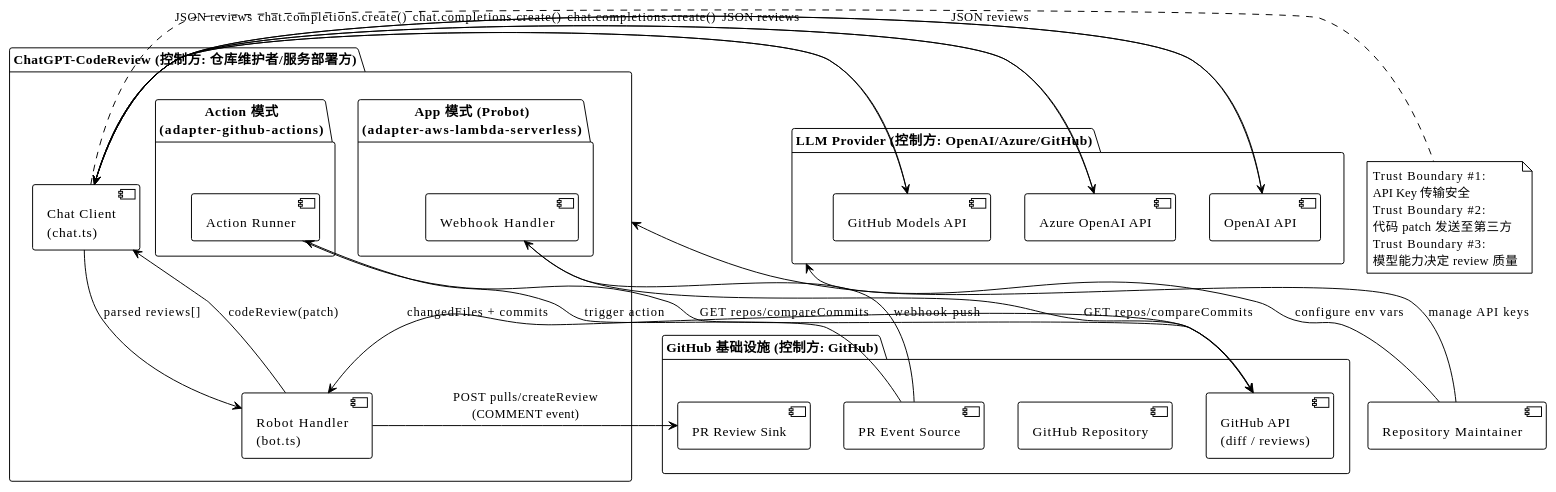
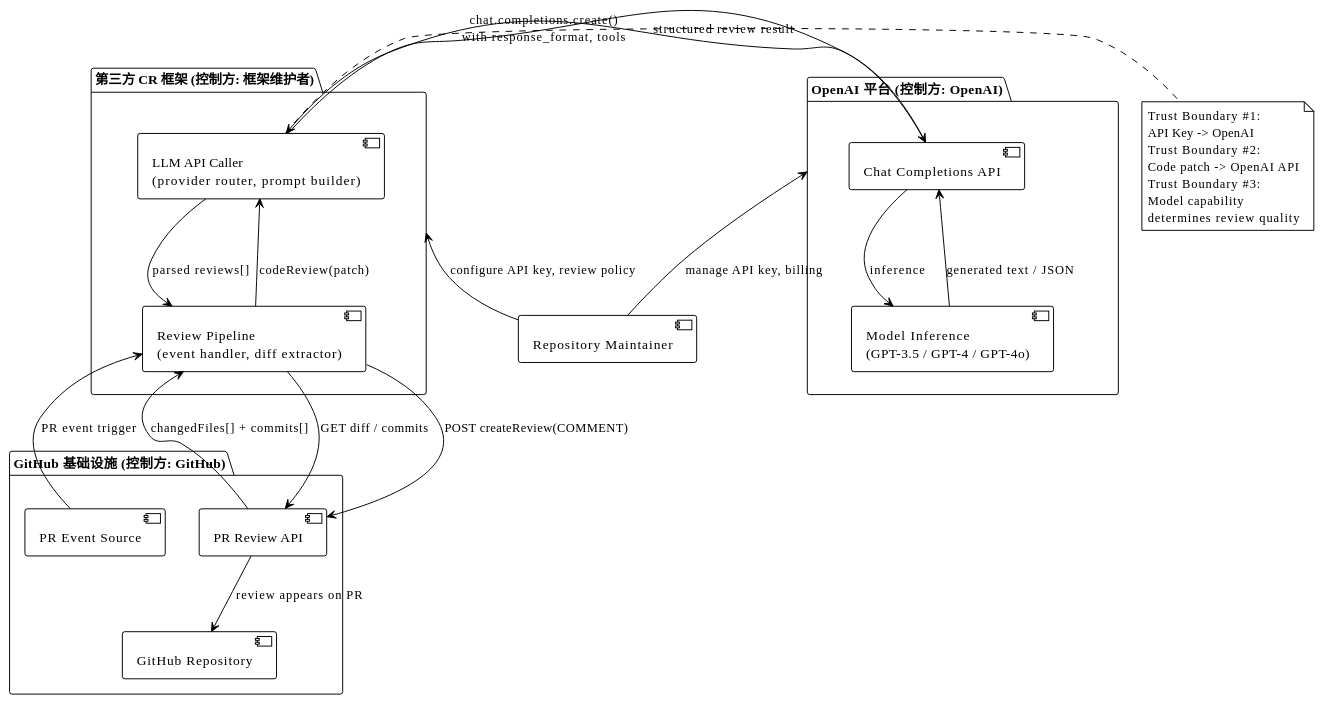
The first of 4 diagrams in knowledge/analysis/primitives/ai-code-review/chatgpt-codereview-framework/artifact.md (iampkuhz/openspec-research-blockchain), drawn with PlantUML before and after one commit. The commit also changed other lines of this file and 15 other files, not shown here.

````diff
--- a/knowledge/analysis/primitives/ai-code-review/chatgpt-codereview-framework/artifact.md
+++ b/knowledge/analysis/primitives/ai-code-review/chatgpt-codereview-framework/artifact.md
@@ -61,62 +96,52 @@
 ```plantuml
 @startuml
 !theme plain
 skinparam backgroundColor #FFFFFF
 skinparam rectangle {
     BorderColor #333333
     BackgroundColor #F5F5F5
 }
 
 package "GitHub 基础设施 (控制方: GitHub)" as GH {
     [GitHub Repository] as REPO
     [PR Event Source] as EVENT
-    [GitHub API\n(diff / reviews)] as GHAPI
-    [PR Review Sink] as REVIEW
+    [PR Review API] as GHAPI
 }
 
-package "ChatGPT-CodeReview (控制方: 仓库维护者/服务部署方)" as CGCR {
-    package "Action 模式\n(adapter-github-actions)" as ACTION {
-        [Action Runner] as AR
-    }
-    package "App 模式 (Probot)\n(adapter-aws-lambda-serverless)" as APP {
-        [Webhook Handler] as WH
-    }
-    [Robot Handler\n(bot.ts)] as BOT
-    [Chat Client\n(chat.ts)] as CHAT
+package "第三方 CR 框架 (控制方: 框架维护者)" as FRAMEWORK {
+    [Review Pipeline\n(event handler, diff extractor)] as PIPELINE
+    [LLM API Caller\n(provider router, prompt builder)] as CALLER
 }
 
-package "LLM Provider (控制方: OpenAI/Azure/GitHub)" as LLM {
-    [OpenAI API] as OA
-    [Azure OpenAI API] as AZ
-    [GitHub Models API] as GM
+package "OpenAI 平台 (控制方: OpenAI)" as OA {
+    [Chat Completions API] as CHATAPI
+    [Model Inference\n(GPT-3.5 / GPT-4 / GPT-4o)] as MODEL
 }
 
 [Repository Maintainer] as MAINT
 
-EVENT -right-> AR : "trigger action"
-EVENT -right-> WH : "webhook push"
-AR --> GHAPI : "GET repos/compareCommits"
-WH --> GHAPI : "GET repos/compareCommits"
-GHAPI --> BOT : "changedFiles + commits"
-BOT --> CHAT : "codeReview(patch)"
-CHAT --> OA : "chat.completions.create()"
-CHAT --> AZ : "chat.completions.create()"
-CHAT --> GM : "chat.completions.create()"
-OA --> CHAT : "JSON reviews"
-AZ --> CHAT : "JSON reviews"
-GM --> CHAT : "JSON reviews"
-CHAT --> BOT : "parsed reviews[]"
-BOT --> REVIEW : "POST pulls/createReview\n(COMMENT event)"
-MAINT -up-> CGCR : "configure env vars"
-MAINT -up-> LLM : "manage API keys"
+EVENT -down-> PIPELINE : "PR event trigger"
+PIPELINE --> GHAPI : "GET diff / commits"
+GHAPI --> PIPELINE : "changedFiles[] + commits[]"
+PIPELINE --> CALLER : "codeReview(patch)"
+CALLER --> CHATAPI : "chat.completions.create()\nwith response_format, tools"
+CHATAPI --> MODEL : "inference"
+MODEL --> CHATAPI : "generated text / JSON"
+CHATAPI --> CALLER : "structured review result"
+CALLER --> PIPELINE : "parsed reviews[]"
+PIPELINE --> GHAPI : "POST createReview(COMMENT)"
+GHAPI --> REPO : "review appears on PR"
+MAINT -up-> FRAMEWORK : "configure API key, review policy"
+MAINT -up-> OA : "manage API key, billing"
 
-note right of CHAT
+note right of CALLER
   Trust Boundary #1:
-  API Key 传输安全
+  API Key -> OpenAI
   Trust Boundary #2:
-  代码 patch 发送至第三方
+  Code patch -> OpenAI API
   Trust Boundary #3:
-  模型能力决定 review 质量
+  Model capability
+  determines review quality
 end note
 @enduml
 ```
````
